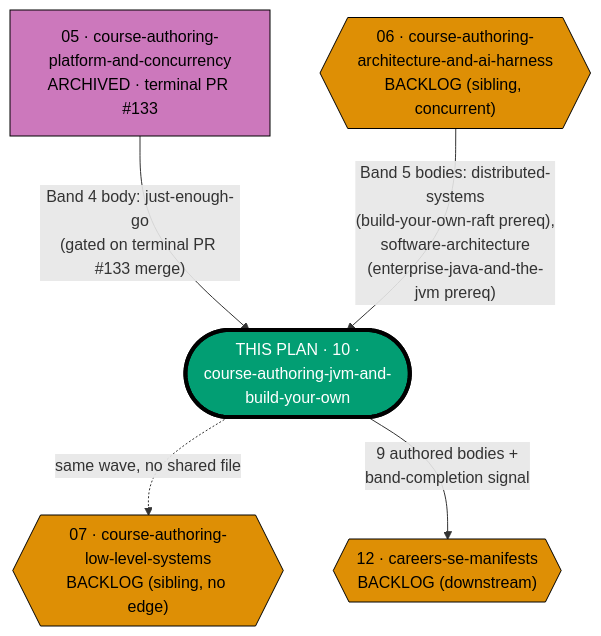
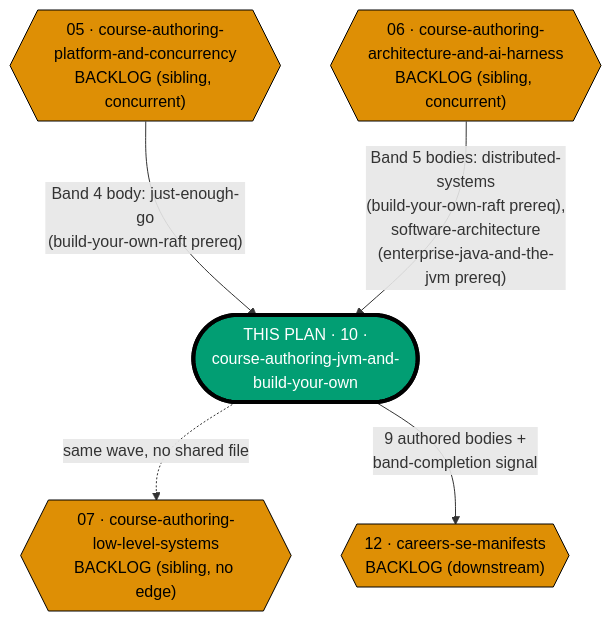
The second of 2 diagrams in plans/backlog/ayokoding-learning-path-10-course-authoring-jvm-and-build-your-own/README.md (wahidyankf/open-sharia-fintech), drawn with Mermaid before and after one commit. The commit also changed other lines of this file and 1226 other files, not shown here.

````diff
--- a/plans/backlog/ayokoding-learning-path-10-course-authoring-jvm-and-build-your-own/README.md
+++ b/plans/backlog/ayokoding-learning-path-10-course-authoring-jvm-and-build-your-own/README.md
@@ -107,19 +106,18 @@
 ```mermaid
-%% Downstream half: the two sibling blocking edges into THIS, plus the two edges THIS emits.
-%% Node SHAPE encodes plan state: rectangle = archived terminal delivery, hexagon = backlog/not-yet-authored. THIS carries a doubled border.
+%% Downstream half: the two backlog-sibling blocking edges into THIS, plus the two edges THIS emits.
+%% Node SHAPE encodes plan state: hexagon = backlog/not-yet-authored. THIS carries a doubled border.
 flowchart TD
-    P05["05 · course-authoring-<br/>platform-and-concurrency<br/>ARCHIVED · terminal PR #133"]:::delivery
+    P05{{"05 · course-authoring-<br/>platform-and-concurrency<br/>BACKLOG (sibling, concurrent)"}}:::backlog
     P06{{"06 · course-authoring-<br/>architecture-and-ai-harness<br/>BACKLOG (sibling, concurrent)"}}:::backlog
     THIS(["THIS PLAN · 10 ·<br/>course-authoring-jvm-and-<br/>build-your-own"]):::this
     P07{{"07 · course-authoring-<br/>low-level-systems<br/>BACKLOG (sibling, no edge)"}}:::backlog
     P12{{"12 · careers-se-manifests<br/>BACKLOG (downstream)"}}:::backlog
 
-    P05 -->|"Band 4 body: just-enough-go<br/>(gated on terminal PR #133 merge)"| THIS
+    P05 -->|"Band 4 body: just-enough-go<br/>(build-your-own-raft prereq)"| THIS
     P06 -->|"Band 5 bodies: distributed-systems<br/>(build-your-own-raft prereq),<br/>software-architecture<br/>(enterprise-java-and-the-jvm prereq)"| THIS
     THIS -.->|"same wave, no shared file"| P07
     THIS -->|"9 authored bodies +<br/>band-completion signal"| P12
 
     classDef backlog fill:#DE8F05,stroke:#000000,color:#000000
-    classDef delivery fill:#CC78BC,stroke:#000000,color:#000000
     classDef this fill:#029E73,stroke:#000000,color:#FFFFFF,stroke-width:4px
 ```
````
